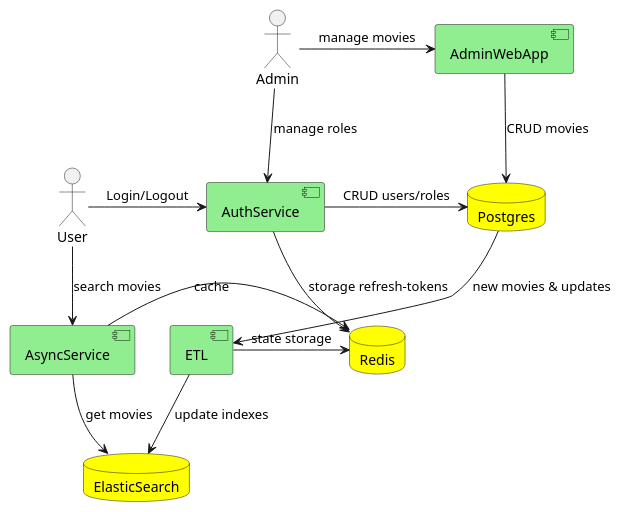
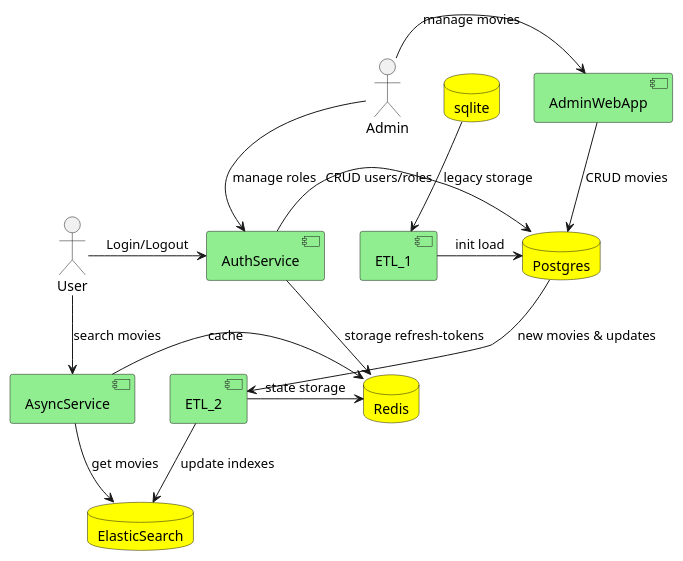
Before and after one commit to vadim-miroshnik/ETL_Kafka_ClickHouse: the diagram in diagrams/as_is/movies-app.puml, drawn with PlantUML.

Commit message:
update as-is diagram

```diff
--- a/diagrams/as_is/movies-app.puml
+++ b/diagrams/as_is/movies-app.puml
@@ -1,27 +1,31 @@
 @startuml
 skinparam componentStyle uml2
 actor Admin
 actor User
 component AdminWebApp #lightgreen
 component AsyncService #lightgreen
 component AuthService #lightgreen
-component ETL #lightgreen
+component ETL_1 #lightgreen
+component ETL_2 #lightgreen
+database sqlite #yellow
 database Postgres #yellow
 database ElasticSearch #yellow
 database Redis #yellow
 
 Admin -> AdminWebApp: manage movies
 AdminWebApp -down-> Postgres: CRUD movies
-Postgres -down-> ETL: new movies & updates
-ETL -down-> ElasticSearch: update indexes
-ETL -> Redis: state storage
+sqlite -down-> ETL_1: legacy storage
+ETL_1 -> Postgres: init load
+Postgres -down-> ETL_2: new movies & updates
+ETL_2 -down-> ElasticSearch: update indexes
+ETL_2 -> Redis: state storage
 
 User -> AuthService: Login/Logout
 AsyncService -> Redis: cache
 AuthService -> Postgres: CRUD users/roles
 Admin -> AuthService: manage roles
 AuthService -down-> Redis: storage refresh-tokens
 User -> AsyncService: search movies
 AsyncService -> ElasticSearch: get movies
 
 @enduml
```
